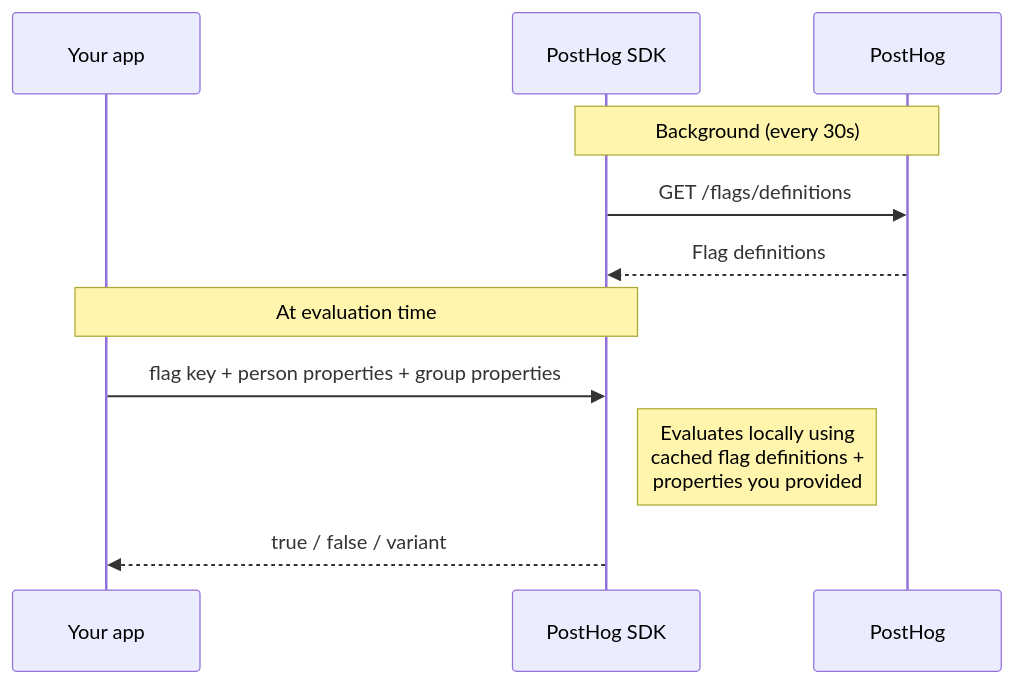
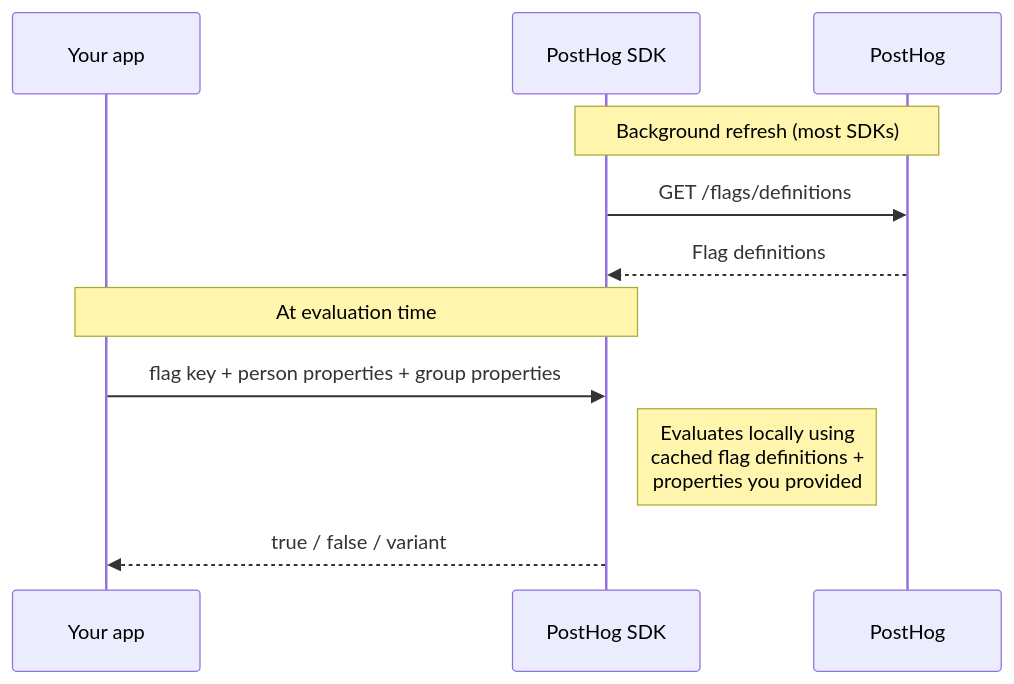
One commit to PostHog/posthog.com changed the second of 2 diagrams in contents/docs/feature-flags/local-evaluation/index.mdx. Above: the diagram before and after it, drawn with Mermaid. The commit also changed other lines of this file and 43 other files, not shown here.

````diff
--- a/contents/docs/feature-flags/local-evaluation/index.mdx
+++ b/contents/docs/feature-flags/local-evaluation/index.mdx
@@ -41,13 +41,13 @@
 ```mermaid
 sequenceDiagram
     participant App as Your app
     participant SDK as PostHog SDK
     participant PH as PostHog
-    Note over SDK,PH: Background (every 30s)
+    Note over SDK,PH: Background refresh (most SDKs)
     SDK->>PH: GET /flags/definitions
     PH-->>SDK: Flag definitions
     Note over App,SDK: At evaluation time
     App->>SDK: flag key + person properties + group properties
     Note right of SDK: Evaluates locally using<br/>cached flag definitions +<br/>properties you provided
     SDK-->>App: true / false / variant
 ```
````
